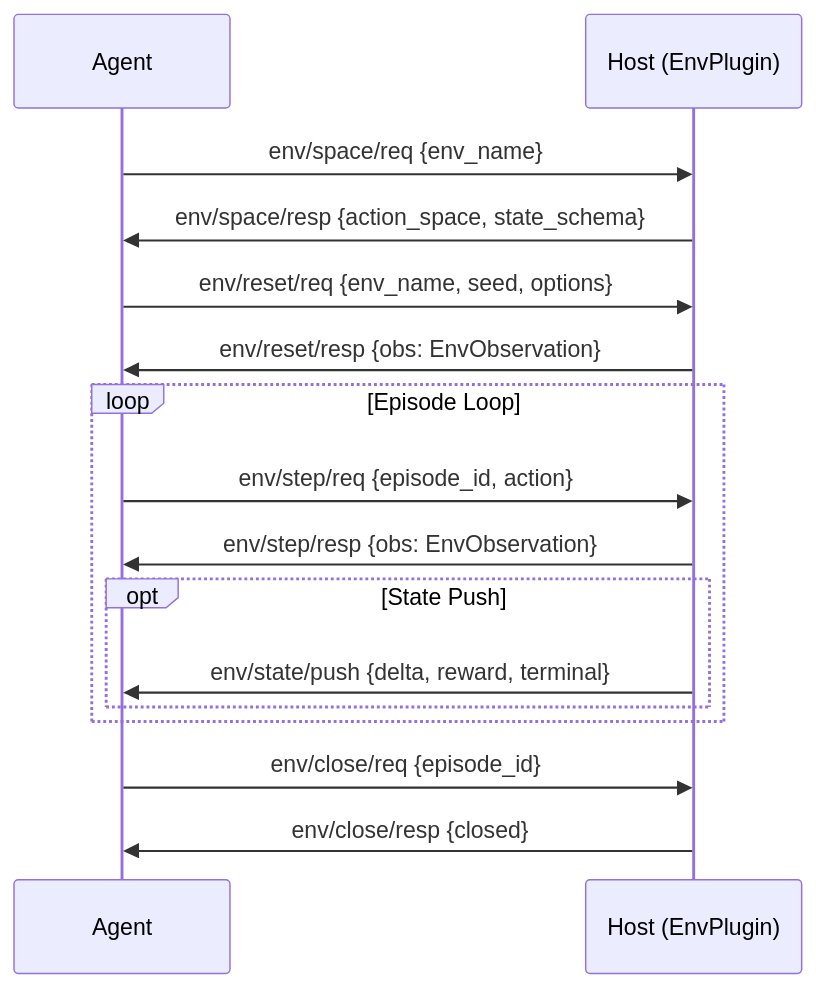
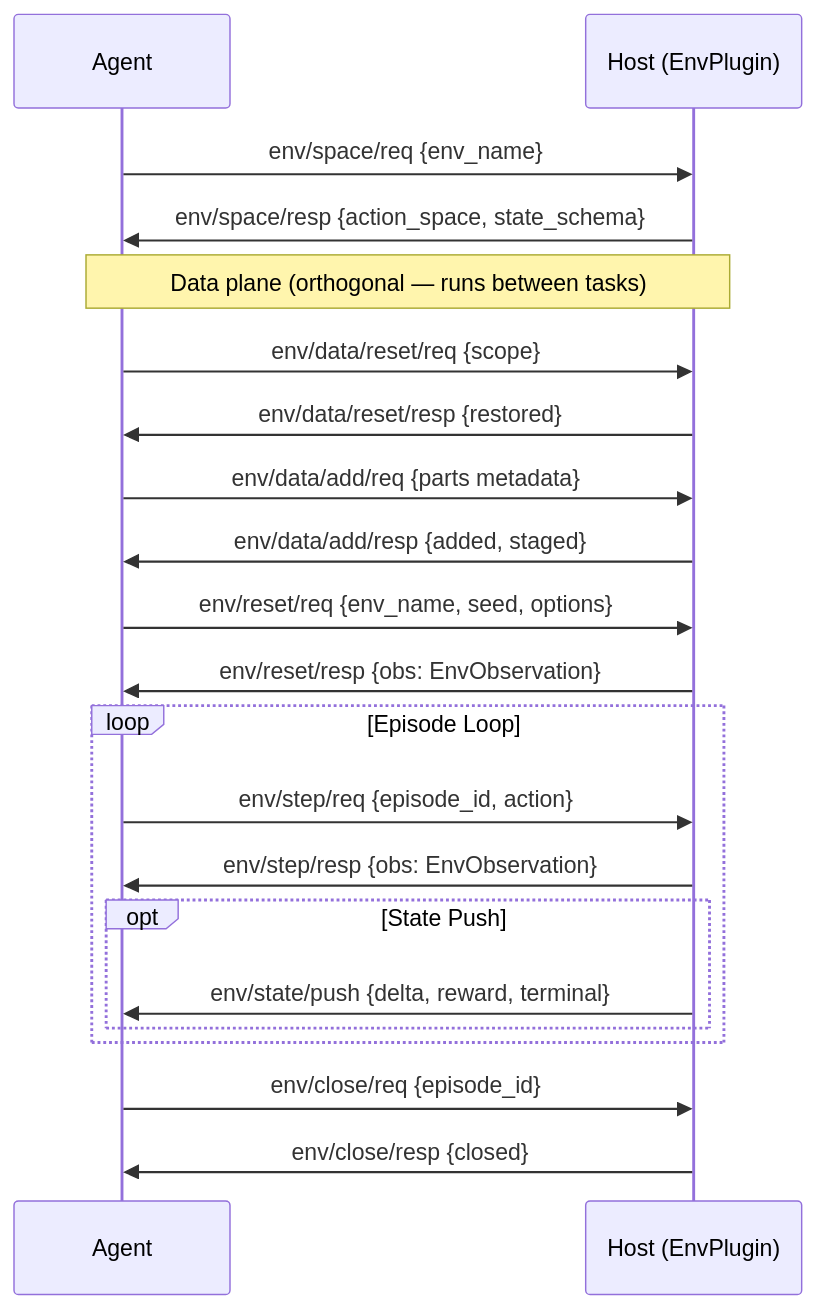
The diagram in codewiki/protocol-spec/env.md (a2eprotocol/python-sdk), drawn with Mermaid before and after one commit. The commit also changed other lines of this file and 15 other files, not shown here.

````diff
--- a/codewiki/protocol-spec/env.md
+++ b/codewiki/protocol-spec/env.md
@@ -39,22 +47,28 @@
 ```mermaid
 sequenceDiagram
     participant A as Agent
     participant H as Host (EnvPlugin)
 
     A->>H: env/space/req {env_name}
     H->>A: env/space/resp {action_space, state_schema}
+
+    Note over A,H: Data plane (orthogonal — runs between tasks)
+    A->>H: env/data/reset/req {scope}
+    H->>A: env/data/reset/resp {restored}
+    A->>H: env/data/add/req {parts metadata}
+    H->>A: env/data/add/resp {added, staged}
 
     A->>H: env/reset/req {env_name, seed, options}
     H->>A: env/reset/resp {obs: EnvObservation}
 
     loop Episode Loop
         A->>H: env/step/req {episode_id, action}
         H->>A: env/step/resp {obs: EnvObservation}
         opt State Push
             H->>A: env/state/push {delta, reward, terminal}
         end
     end
 
     A->>H: env/close/req {episode_id}
     H->>A: env/close/resp {closed}
 ```
````
